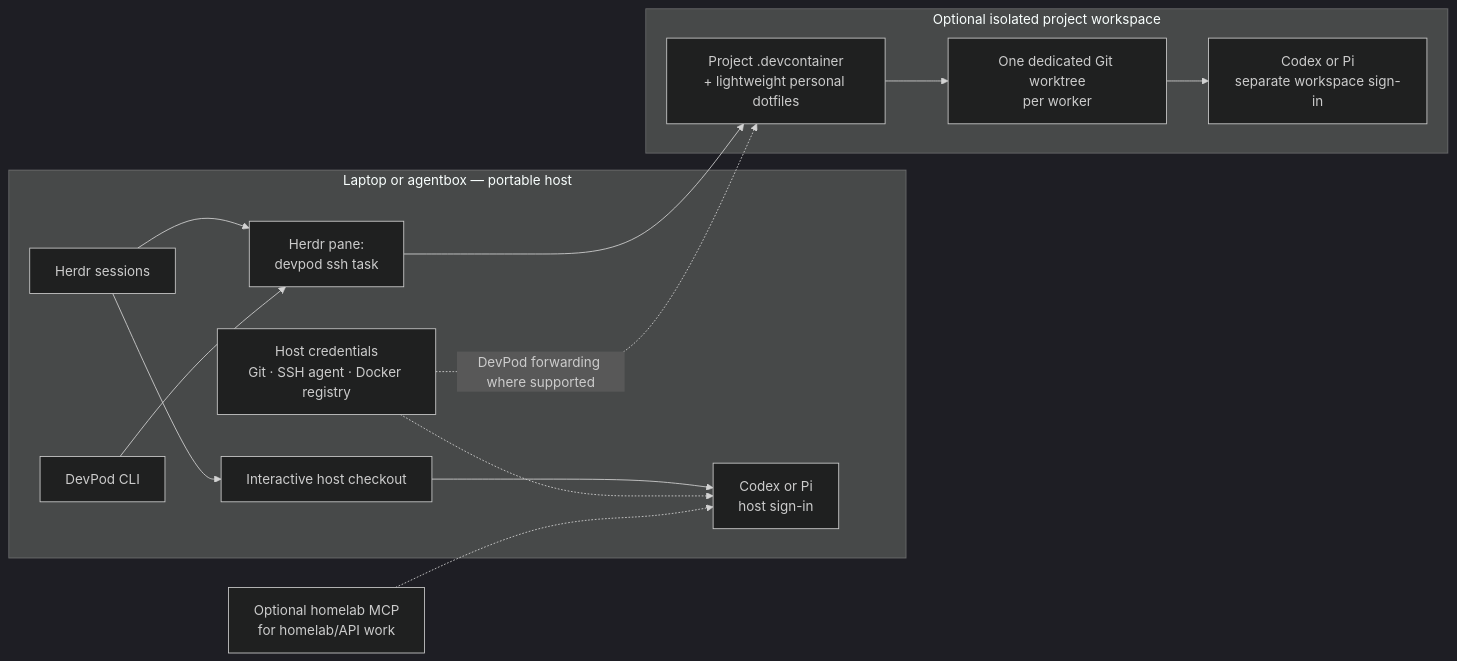
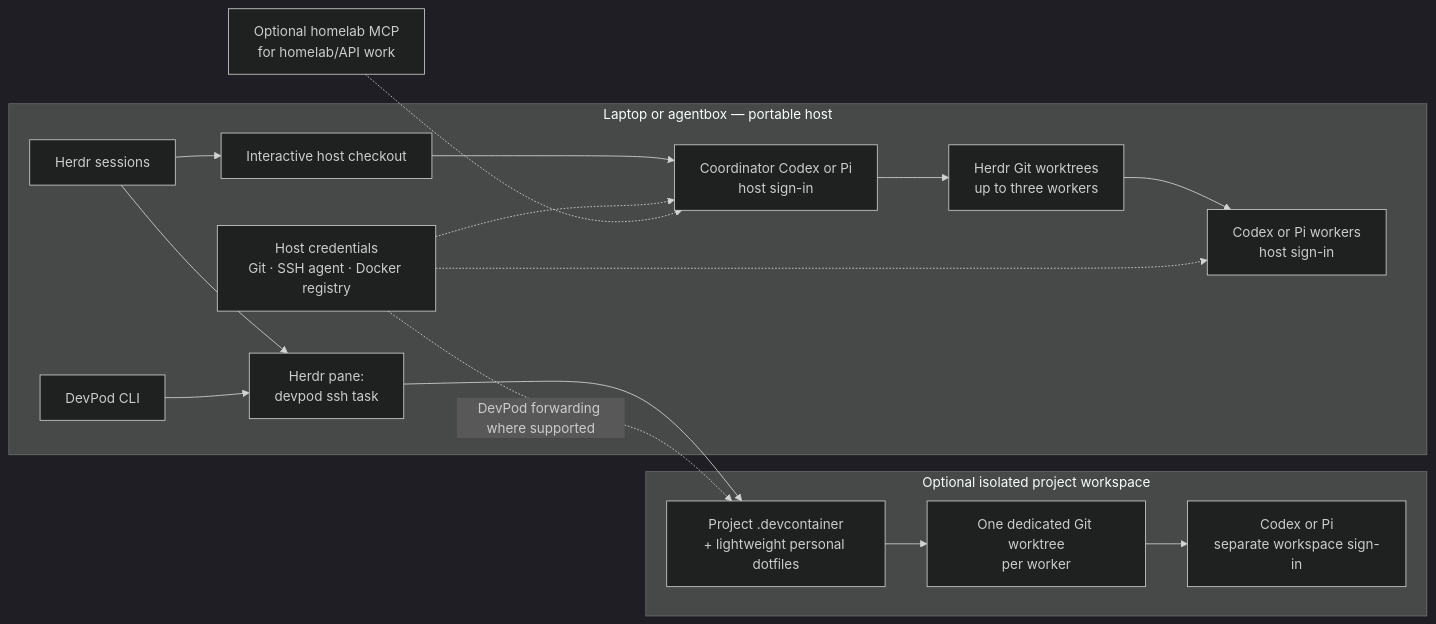
Before and after one commit to merlrwx/dotfiles: the diagram in README.md, drawn with Mermaid (dark theme). The commit also changed other lines of this file and 14 other files, not shown here.

````diff
--- a/README.md
+++ b/README.md
@@ -36,26 +36,29 @@
 ```mermaid
 flowchart LR
   subgraph host["Laptop or agentbox — portable host"]
     herdr["Herdr sessions"]
     credentials["Host credentials<br/>Git · SSH agent · Docker registry"]
     devpod["DevPod CLI"]
     checkout["Interactive host checkout"]
-    hostagent["Codex or Pi<br/>host sign-in"]
+    coordinator["Coordinator Codex or Pi<br/>host sign-in"]
+    workers["Herdr Git worktrees<br/>up to three workers"]
+    workeragents["Codex or Pi workers<br/>host sign-in"]
     connect["Herdr pane:<br/>devpod ssh task"]
-    herdr --> checkout --> hostagent
+    herdr --> checkout --> coordinator --> workers --> workeragents
     herdr --> connect
     devpod --> connect
   end
 
   subgraph workspace["Optional isolated project workspace"]
     project["Project .devcontainer<br/>+ lightweight personal dotfiles"]
     worktree["One dedicated Git worktree<br/>per worker"]
     worker["Codex or Pi<br/>separate workspace sign-in"]
     project --> worktree --> worker
   end
 
   connect --> project
-  credentials -.-> hostagent
+  credentials -.-> coordinator
+  credentials -.-> workeragents
   credentials -. "DevPod forwarding where supported" .-> project
-  mcp["Optional homelab MCP\nfor homelab/API work"] -.-> hostagent
+  mcp["Optional homelab MCP\nfor homelab/API work"] -.-> coordinator
 ```
````
